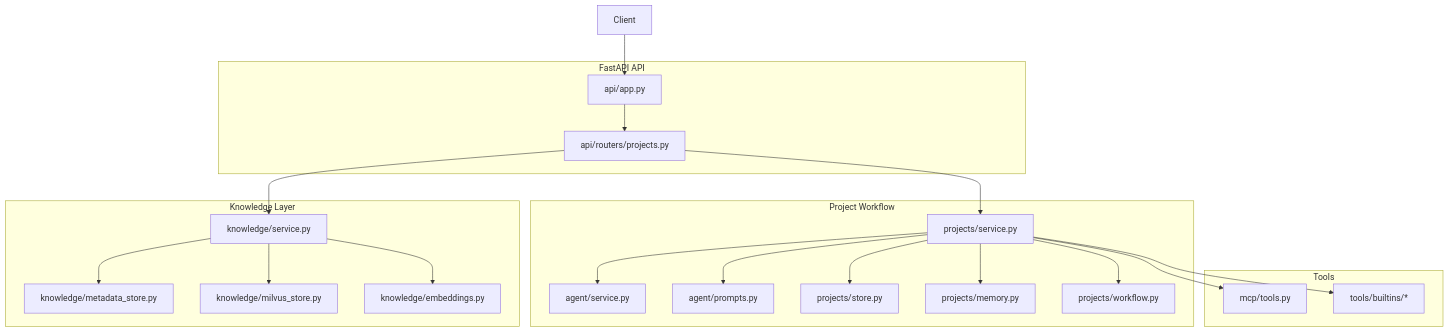
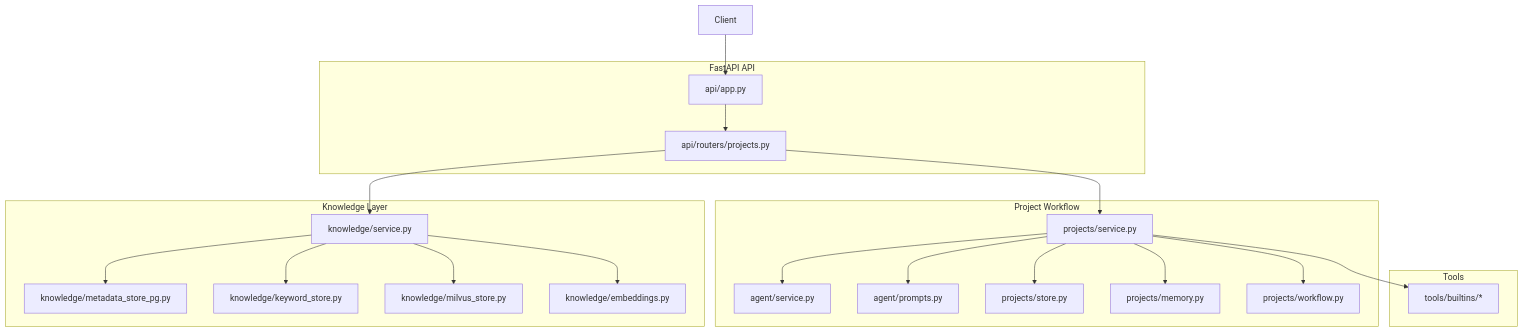
Before and after one commit to isWangjianhua/ScriptWriter: the first of 3 diagrams in docs/en/architecture.md, drawn with Mermaid. The commit also changed other lines of this file and 14 other files, not shown here.

````diff
--- a/docs/en/architecture.md
+++ b/docs/en/architecture.md
@@ -13,44 +13,44 @@
 ```mermaid
 flowchart TB
     Client[Client]
 
     subgraph API[FastAPI API]
       App["api/app.py"]
       Router["api/routers/projects.py"]
     end
 
     subgraph Workflow[Project Workflow]
       Service["projects/service.py"]
       Planner["agent/service.py"]
       Prompts["agent/prompts.py"]
       Store["projects/store.py"]
       Memory["projects/memory.py"]
       Model["projects/workflow.py"]
     end
 
     subgraph Knowledge[Knowledge Layer]
       KService["knowledge/service.py"]
-      Meta["knowledge/metadata_store.py"]
+      Meta["knowledge/metadata_store_pg.py"]
+      Keyword["knowledge/keyword_store.py"]
       Milvus["knowledge/milvus_store.py"]
       Emb["knowledge/embeddings.py"]
     end
 
     subgraph Tools[Tools]
-      MCP["mcp/tools.py"]
       Builtins["tools/builtins/*"]
     end
 
     Client --> App --> Router
     Router --> Service
     Service --> Planner
     Service --> Prompts
     Service --> Store
     Service --> Memory
     Service --> Model
     Router --> KService
     KService --> Meta
+    KService --> Keyword
     KService --> Milvus
     KService --> Emb
-    Service --> MCP
     Service --> Builtins
 ```
````
